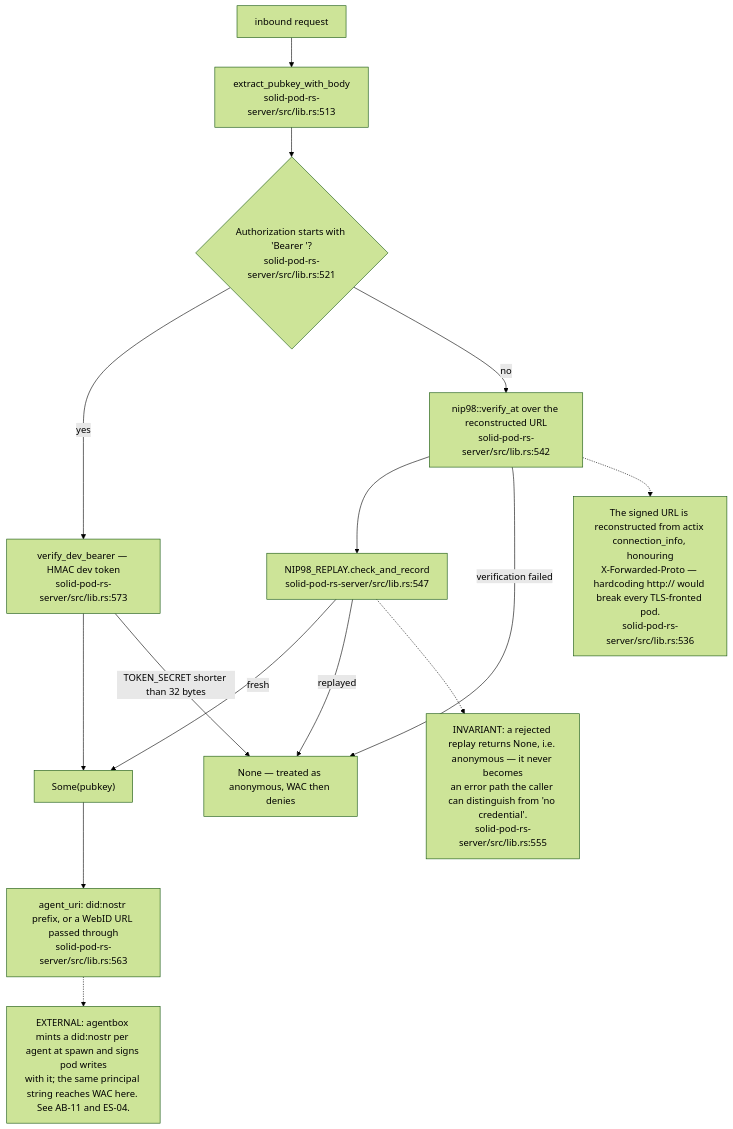
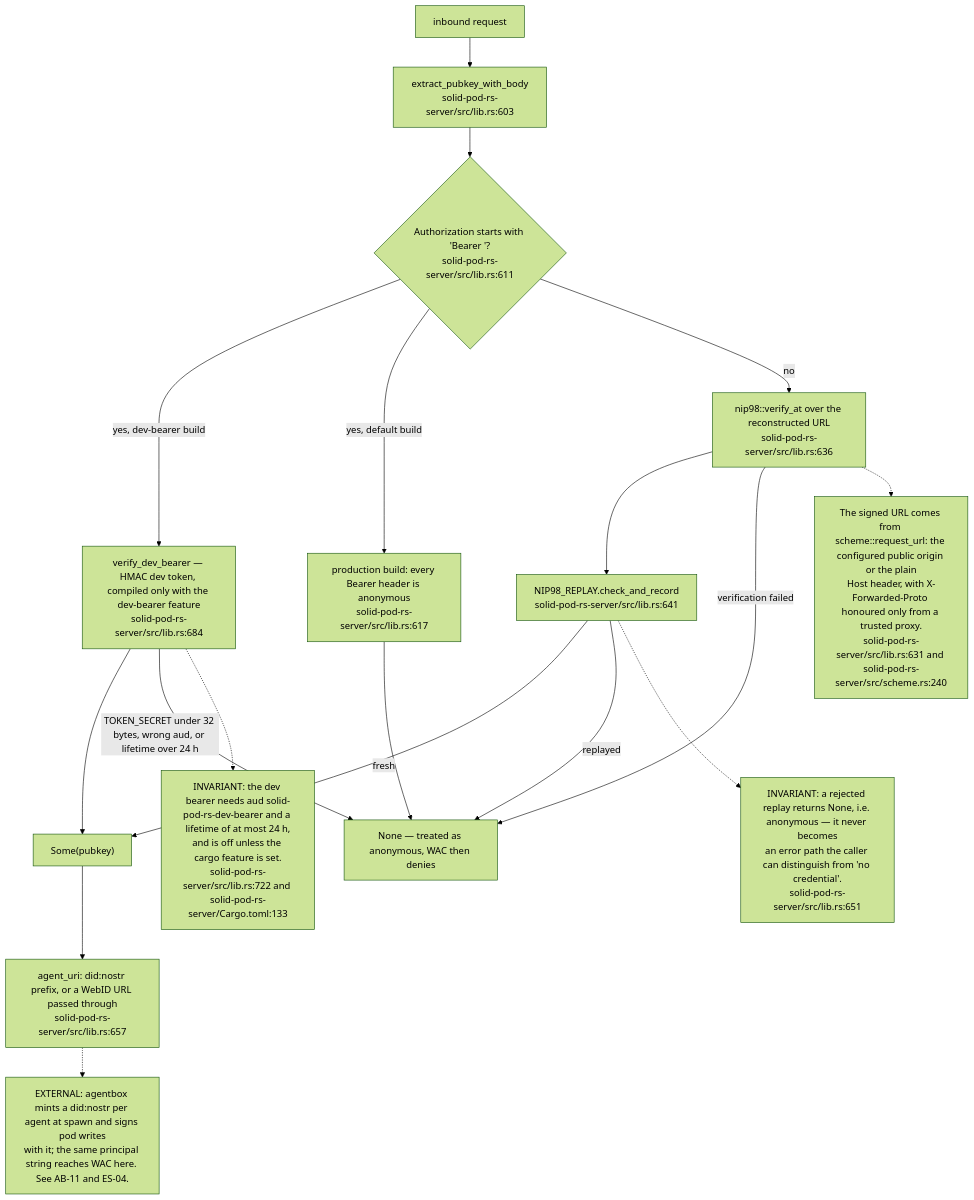
The first of 18 diagrams in docs/diagrams/solid-pod-rs/05-identity-nip98-did-oidc.md (DreamLab-AI/VisionFlow), drawn with Mermaid (forest theme) before and after one commit. The commit also changed other lines of this file and 160 other files, not shown here.

````diff
--- a/docs/diagrams/solid-pod-rs/05-identity-nip98-did-oidc.md
+++ b/docs/diagrams/solid-pod-rs/05-identity-nip98-did-oidc.md
@@ -45,29 +50,33 @@
 ```mermaid
 flowchart TD
     REQ["inbound request"]
-    EX["extract_pubkey_with_body<br/>solid-pod-rs-server/src/lib.rs:513"]
-    BEAR{"Authorization starts with 'Bearer '?<br/>solid-pod-rs-server/src/lib.rs:521"}
-    DEV["verify_dev_bearer — HMAC dev token<br/>solid-pod-rs-server/src/lib.rs:573"]
-    N98["nip98::verify_at over the reconstructed URL<br/>solid-pod-rs-server/src/lib.rs:542"]
-    REPLAY["NIP98_REPLAY.check_and_record<br/>solid-pod-rs-server/src/lib.rs:547"]
+    EX["extract_pubkey_with_body<br/>solid-pod-rs-server/src/lib.rs:603"]
+    BEAR{"Authorization starts with 'Bearer '?<br/>solid-pod-rs-server/src/lib.rs:611"}
+    DEV["verify_dev_bearer — HMAC dev token, compiled only with the dev-bearer feature<br/>solid-pod-rs-server/src/lib.rs:684"]
+    PROD["production build: every Bearer header is anonymous<br/>solid-pod-rs-server/src/lib.rs:617"]
+    N98["nip98::verify_at over the reconstructed URL<br/>solid-pod-rs-server/src/lib.rs:636"]
+    REPLAY["NIP98_REPLAY.check_and_record<br/>solid-pod-rs-server/src/lib.rs:641"]
     PK["Some(pubkey)"]
     ANON["None — treated as anonymous, WAC then denies"]
-    AGENT["agent_uri: did:nostr prefix, or a WebID URL passed through<br/>solid-pod-rs-server/src/lib.rs:563"]
+    AGENT["agent_uri: did:nostr prefix, or a WebID URL passed through<br/>solid-pod-rs-server/src/lib.rs:657"]
 
     REQ --> EX --> BEAR
-    BEAR -- yes --> DEV
+    BEAR -- "yes, dev-bearer build" --> DEV
+    BEAR -- "yes, default build" --> PROD --> ANON
     BEAR -- no --> N98 --> REPLAY
     REPLAY -- fresh --> PK
     REPLAY -- replayed --> ANON
     DEV --> PK
-    DEV -- "TOKEN_SECRET shorter than 32 bytes" --> ANON
+    DEV -- "TOKEN_SECRET under 32 bytes, wrong aud, or lifetime over 24 h" --> ANON
     N98 -- verification failed --> ANON
     PK --> AGENT
 
-    N1["The signed URL is reconstructed from actix connection_info, honouring<br/>X-Forwarded-Proto — hardcoding http:// would break every TLS-fronted pod.<br/>solid-pod-rs-server/src/lib.rs:536"]
+    N1["The signed URL comes from scheme::request_url: the configured public origin or the plain<br/>Host header, with X-Forwarded-Proto honoured only from a trusted proxy.<br/>solid-pod-rs-server/src/lib.rs:631 and solid-pod-rs-server/src/scheme.rs:240"]
     N98 -.-> N1
-    N2["INVARIANT: a rejected replay returns None, i.e. anonymous — it never becomes<br/>an error path the caller can distinguish from 'no credential'.<br/>solid-pod-rs-server/src/lib.rs:555"]
+    N4["INVARIANT: the dev bearer needs aud solid-pod-rs-dev-bearer and a lifetime of at most 24 h,<br/>and is off unless the cargo feature is set.<br/>solid-pod-rs-server/src/lib.rs:722 and solid-pod-rs-server/Cargo.toml:133"]
+    DEV -.-> N4
+    N2["INVARIANT: a rejected replay returns None, i.e. anonymous — it never becomes<br/>an error path the caller can distinguish from 'no credential'.<br/>solid-pod-rs-server/src/lib.rs:651"]
     REPLAY -.-> N2
     N3["EXTERNAL: agentbox mints a did:nostr per agent at spawn and signs pod writes<br/>with it; the same principal string reaches WAC here. See AB-11 and ES-04."]
     AGENT -.-> N3
 ```
````
